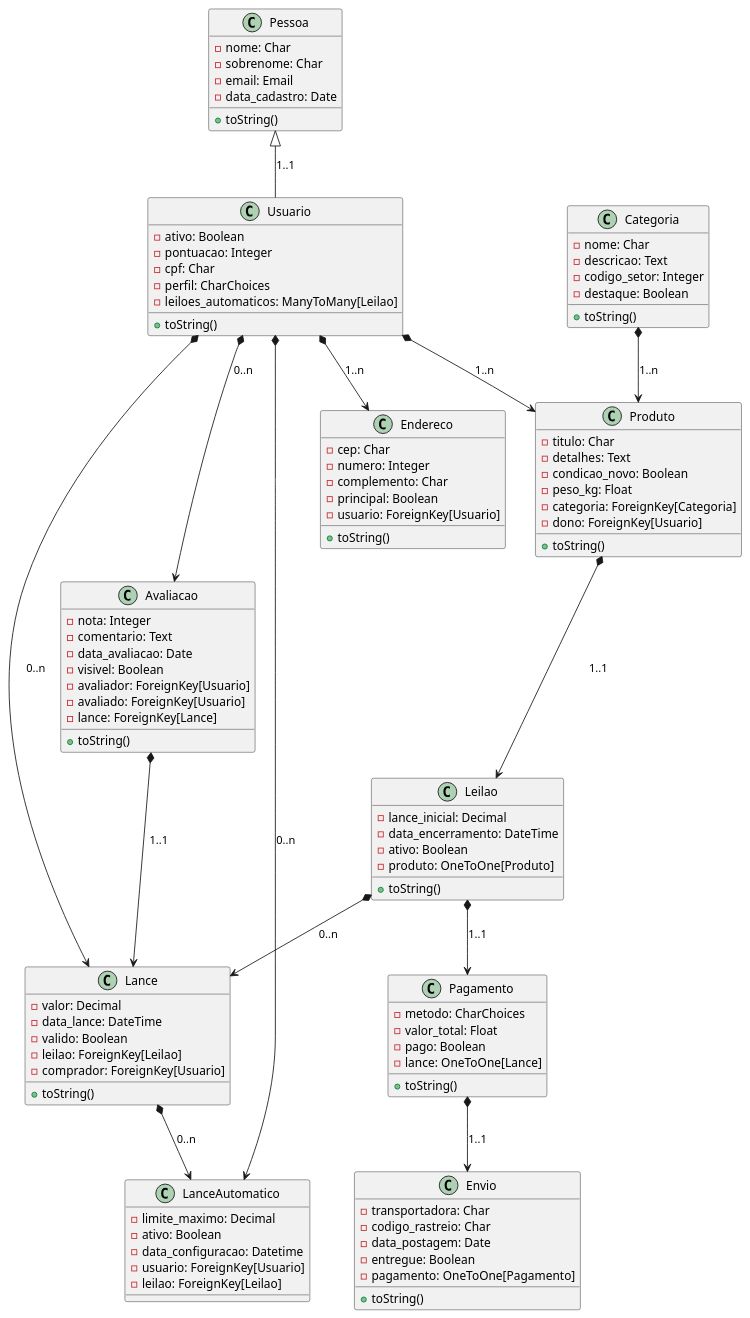
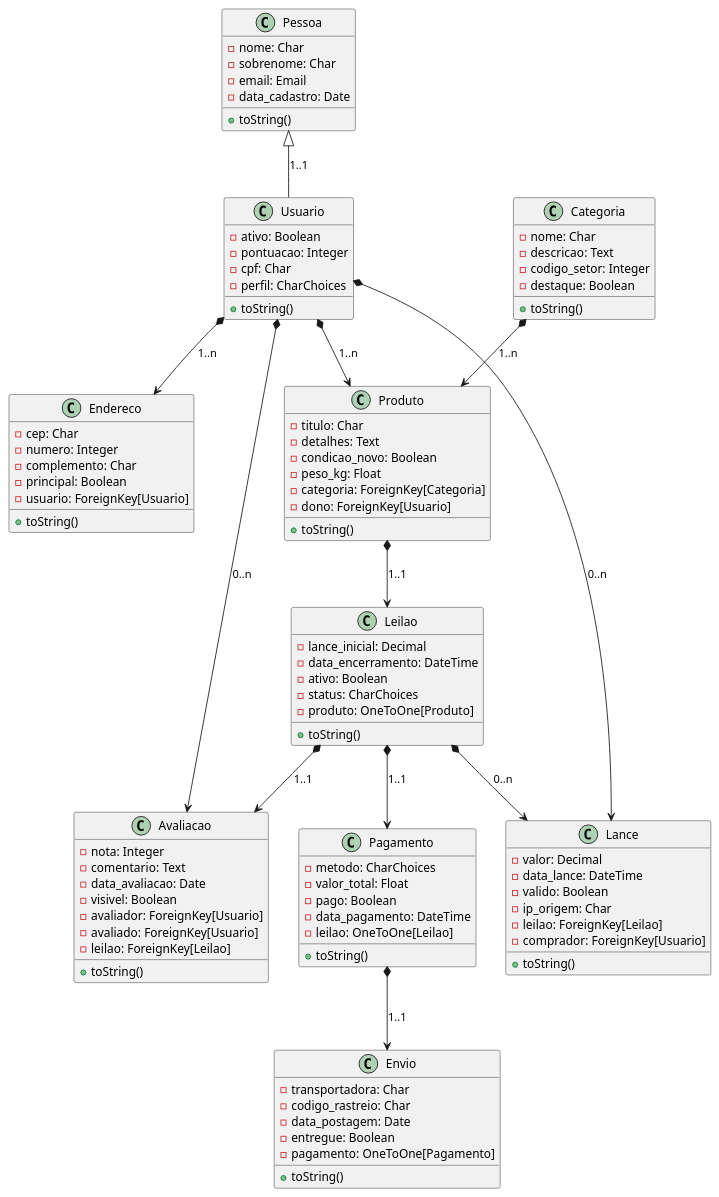
One commit to anleaes/2026-1-SDM-Segunda-Noite-ZS-05 changed the diagram in Diagrama_leilao.md. Above: the diagram before and after it, drawn with PlantUML. The commit also changed other lines of this file, not shown here.

Commit message:
Ajuste Diagrama

```diff
--- a/Diagrama_leilao.md
+++ b/Diagrama_leilao.md
@@ -7,6 +4,6 @@
 @startuml ModeloApp
 
-class Pessoa{
+class Pessoa {
  -nome: Char
  -sobrenome: Char
  -email: Email
@@ -14,16 +11,15 @@
  +toString()
 }
 
-class Usuario{
+class Usuario {
  -ativo: Boolean
  -pontuacao: Integer
  -cpf: Char
  -perfil: CharChoices
- -leiloes_automaticos: ManyToMany[Leilao]
  +toString()
 }
 
-class Endereco{
+class Endereco {
  -cep: Char
  -numero: Integer
  -complemento: Char
@@ -32,7 +28,7 @@
  +toString()
 }
 
-class Categoria{
+class Categoria {
  -nome: Char
  -descricao: Text
  -codigo_setor: Integer
@@ -40,7 +36,7 @@
  +toString()
 }
 
-class Produto{
+class Produto {
  -titulo: Char
  -detalhes: Text
  -condicao_novo: Boolean
@@ -50,32 +46,35 @@
  +toString()
 }
 
-class Leilao{
+class Leilao {
  -lance_inicial: Decimal
  -data_encerramento: DateTime
  -ativo: Boolean
+ -status: CharChoices
  -produto: OneToOne[Produto]
  +toString()
 }
 
-class Lance{
+class Lance {
  -valor: Decimal
  -data_lance: DateTime
  -valido: Boolean
+ -ip_origem: Char
  -leilao: ForeignKey[Leilao]
  -comprador: ForeignKey[Usuario]
  +toString()
 }
 
-class Pagamento{
+class Pagamento {
  -metodo: CharChoices
  -valor_total: Float
  -pago: Boolean
- -lance: OneToOne[Lance]
+ -data_pagamento: DateTime
+ -leilao: OneToOne[Leilao]
  +toString()
 }
 
-class Envio{
+class Envio {
  -transportadora: Char
  -codigo_rastreio: Char
  -data_postagem: Date
@@ -84,23 +83,15 @@
  +toString()
 }
 
-class Avaliacao{
+class Avaliacao {
  -nota: Integer
  -comentario: Text
  -data_avaliacao: Date
  -visivel: Boolean
  -avaliador: ForeignKey[Usuario]
  -avaliado: ForeignKey[Usuario]
- -lance: ForeignKey[Lance]
+ -leilao: ForeignKey[Leilao]
  +toString()
-}
-
-class LanceAutomatico{
- -limite_maximo: Decimal
- -ativo: Boolean
- -data_configuracao: Datetime
- -usuario: ForeignKey[Usuario]
- -leilao: ForeignKey[Leilao]
 }
 
 Usuario -up-|> Pessoa: 1..1
@@ -113,8 +104,6 @@
 Leilao *--> Pagamento : 1..1
 Pagamento *--> Envio : 1..1
 Usuario *--> Avaliacao : 0..n
-Avaliacao *--> Lance : 1..1
-Usuario *--> LanceAutomatico : 0..n
-Lance *--> LanceAutomatico : 0..n
+Leilao *--> Avaliacao : 1..1
 
 @enduml
```
